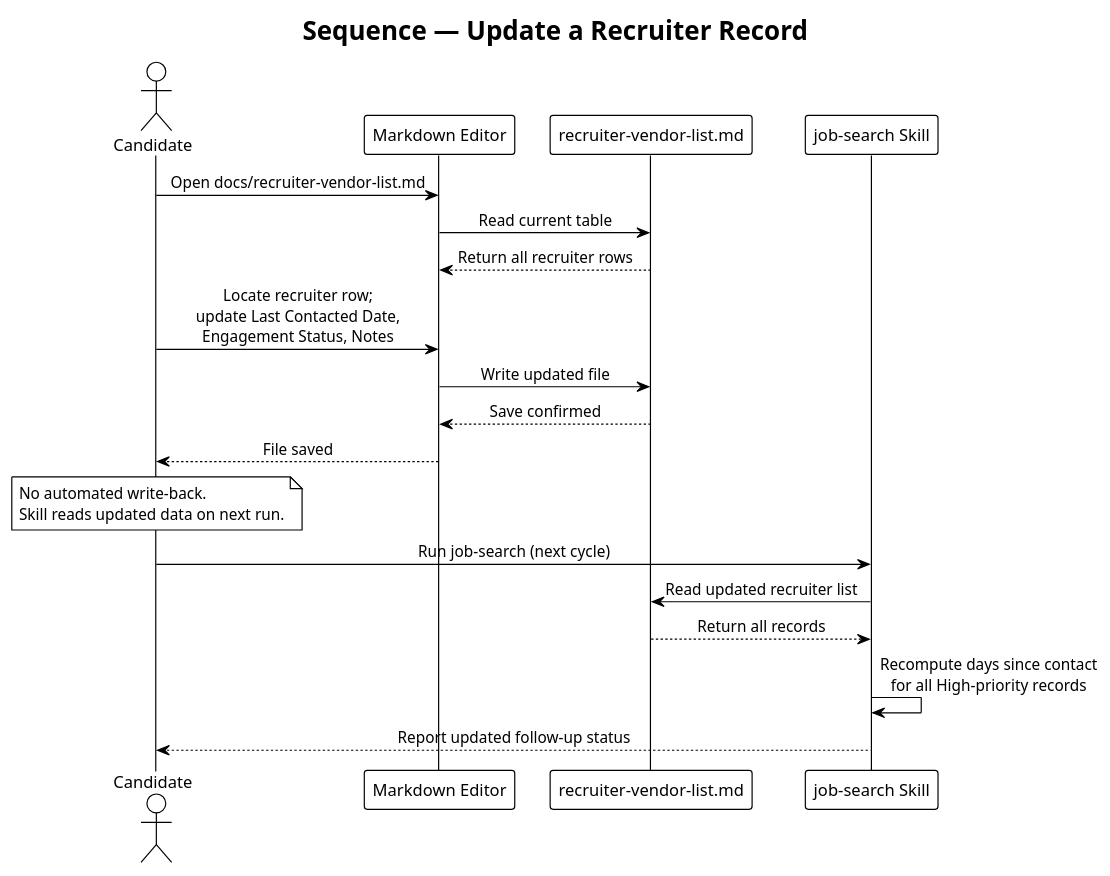
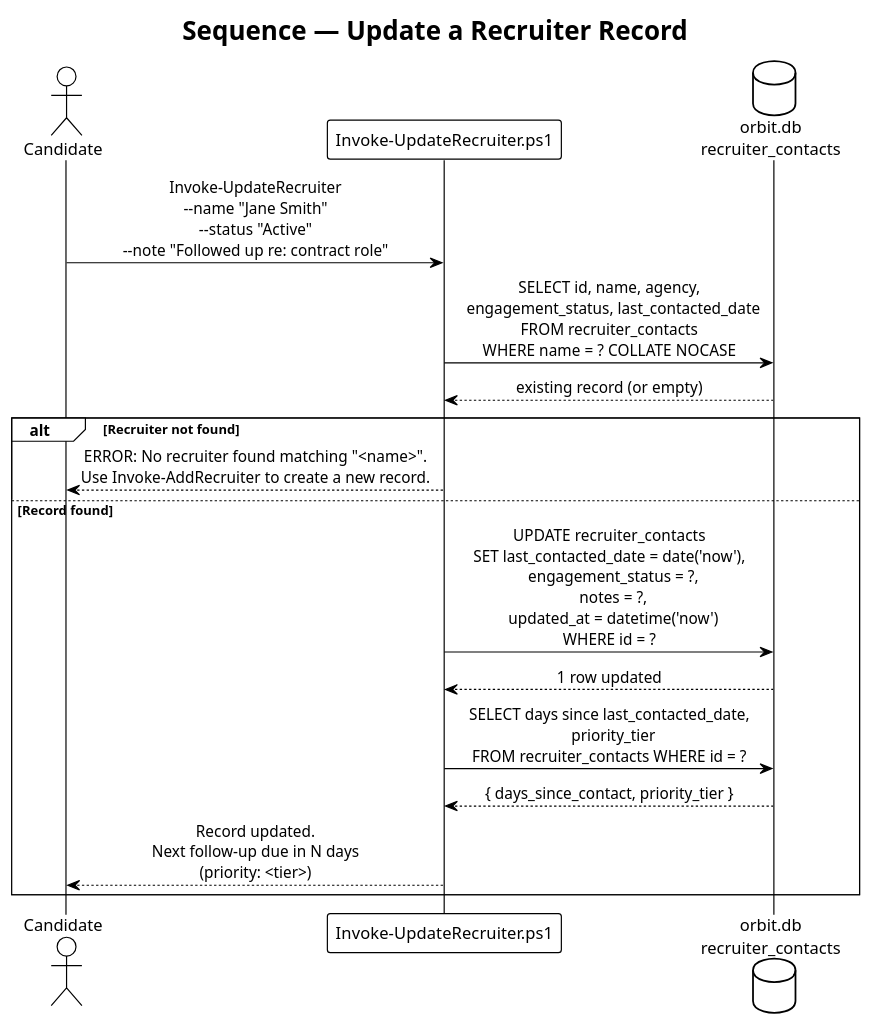
The diagram in docs/detailed-designs/11-recruiter-relationship-management/diagrams/sequence_update_recruiter.puml (QuinntyneBrown/Orbit), drawn with PlantUML before and after one commit. The commit also changed 4 other files, not shown here.

Commit message:
Update sequence diagrams for search history, compensation research, interview prep, and recruiter management

```diff
--- a/docs/detailed-designs/11-recruiter-relationship-management/diagrams/sequence_update_recruiter.puml
+++ b/docs/detailed-designs/11-recruiter-relationship-management/diagrams/sequence_update_recruiter.puml
@@ -1,29 +1,28 @@
 @startuml sequence_update_recruiter
 !theme plain
 skinparam sequenceMessageAlign center
 
 title Sequence — Update a Recruiter Record
 
 actor Candidate
-participant "Markdown Editor" as Editor
-participant "recruiter-vendor-list.md" as RecruiterList
-participant "job-search Skill" as Skill
+participant "Invoke-UpdateRecruiter.ps1" as Script
+database "orbit.db\nrecruiter_contacts" as DB
 
-Candidate -> Editor : Open docs/recruiter-vendor-list.md
-Editor -> RecruiterList : Read current table
-RecruiterList --> Editor : Return all recruiter rows
+Candidate -> Script : Invoke-UpdateRecruiter\n--name "Jane Smith"\n--status "Active"\n--note "Followed up re: contract role"
 
-Candidate -> Editor : Locate recruiter row;\nupdate Last Contacted Date,\nEngagement Status, Notes
-Editor -> RecruiterList : Write updated file
-RecruiterList --> Editor : Save confirmed
-Editor --> Candidate : File saved
+Script -> DB : SELECT id, name, agency,\n  engagement_status, last_contacted_date\nFROM recruiter_contacts\nWHERE name = ? COLLATE NOCASE
+DB --> Script : existing record (or empty)
 
-note over Candidate : No automated write-back.\nSkill reads updated data on next run.
+alt Recruiter not found
+    Script --> Candidate : ERROR: No recruiter found matching "<name>".\nUse Invoke-AddRecruiter to create a new record.
+else Record found
+    Script -> DB : UPDATE recruiter_contacts\nSET last_contacted_date = date('now'),\n  engagement_status = ?,\n  notes = ?,\n  updated_at = datetime('now')\nWHERE id = ?
+    DB --> Script : 1 row updated
 
-Candidate -> Skill : Run job-search (next cycle)
-Skill -> RecruiterList : Read updated recruiter list
-RecruiterList --> Skill : Return all records
-Skill -> Skill : Recompute days since contact\nfor all High-priority records
-Skill --> Candidate : Report updated follow-up status
+    Script -> DB : SELECT days since last_contacted_date,\n  priority_tier\nFROM recruiter_contacts WHERE id = ?
+    DB --> Script : { days_since_contact, priority_tier }
+
+    Script --> Candidate : Record updated.\nNext follow-up due in N days\n(priority: <tier>)
+end
 
 @enduml
```
